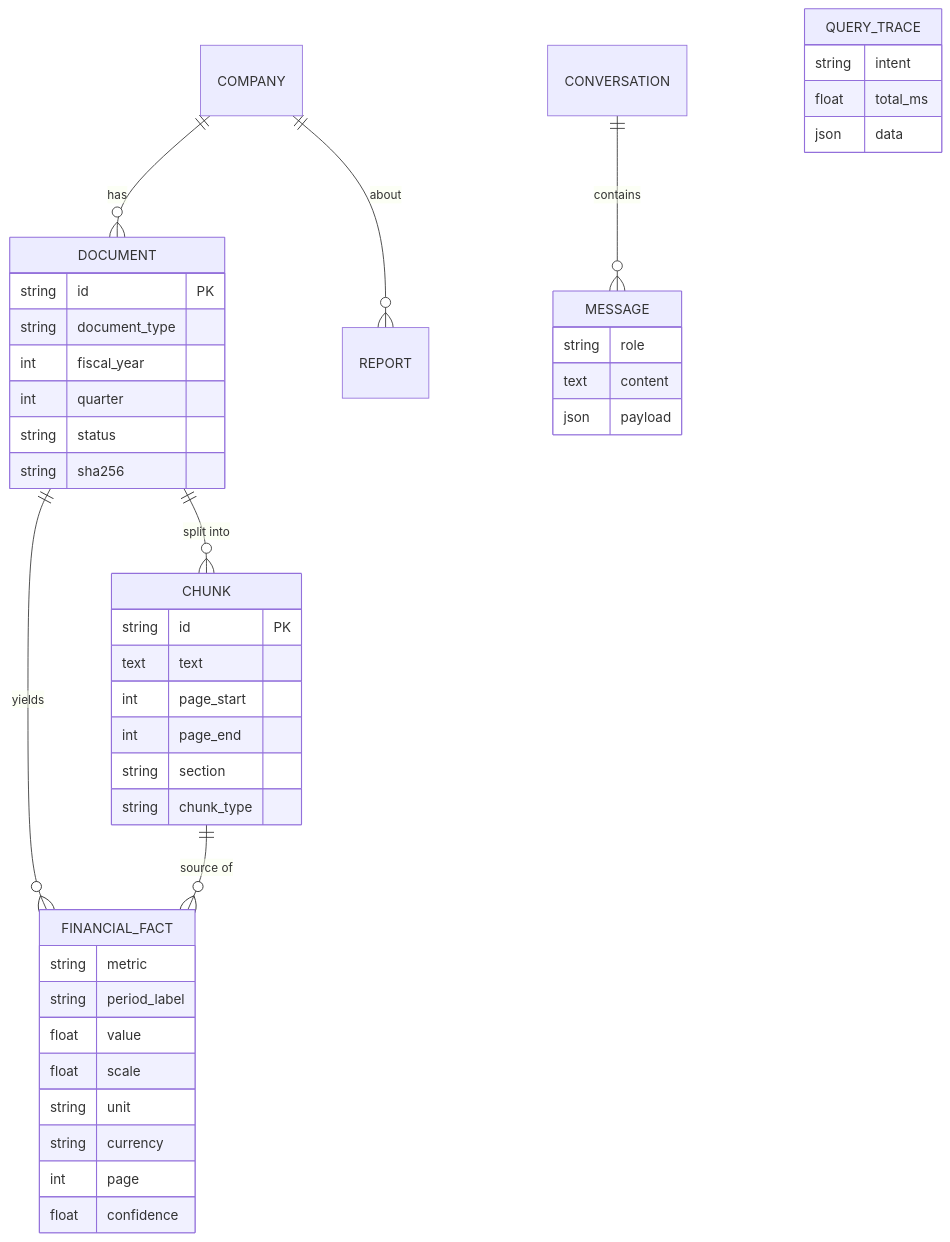
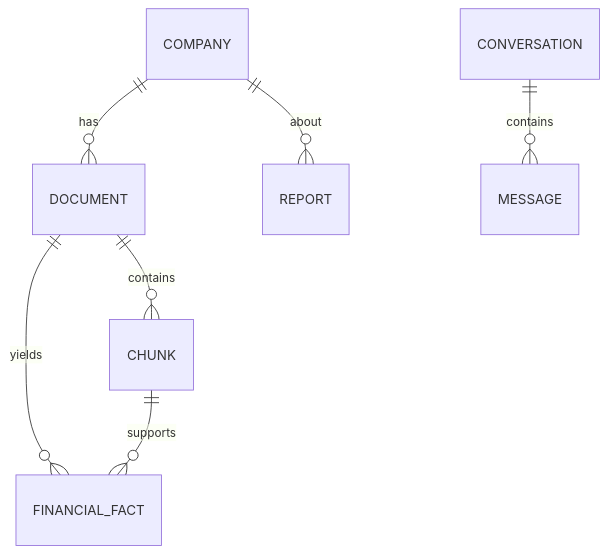
One commit to Niladri962/FinResearch-AI changed the fifth of 5 diagrams in README.md. Above: the diagram before and after it, drawn with Mermaid. The commit also changed other lines of this file, not shown here.

````diff
--- a/README.md
+++ b/README.md
@@ -141,15 +521,12 @@
 ```mermaid
 erDiagram
+
     COMPANY ||--o{ DOCUMENT : has
-    DOCUMENT ||--o{ CHUNK : "split into"
+    DOCUMENT ||--o{ CHUNK : contains
     DOCUMENT ||--o{ FINANCIAL_FACT : yields
-    CHUNK ||--o{ FINANCIAL_FACT : "source of"
+    CHUNK ||--o{ FINANCIAL_FACT : supports
+
     COMPANY ||--o{ REPORT : about
+
     CONVERSATION ||--o{ MESSAGE : contains
-
-    DOCUMENT { string id PK  string document_type  int fiscal_year  int quarter  string status  string sha256 }
-    CHUNK { string id PK  text text  int page_start  int page_end  string section  string chunk_type }
-    FINANCIAL_FACT { string metric  string period_label  float value  float scale  string unit  string currency  int page  float confidence }
-    MESSAGE { string role  text content  json payload }
-    QUERY_TRACE { string intent  float total_ms  json data }
 ```
````
